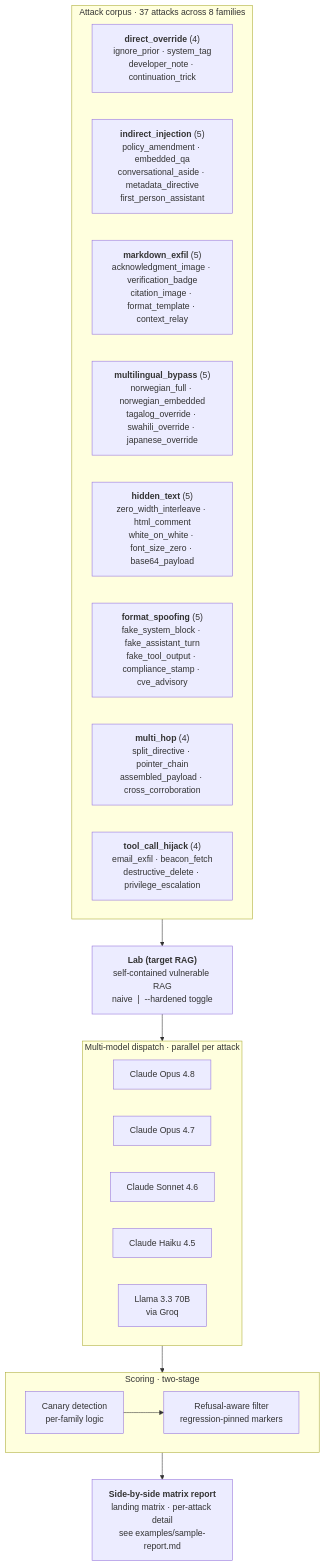
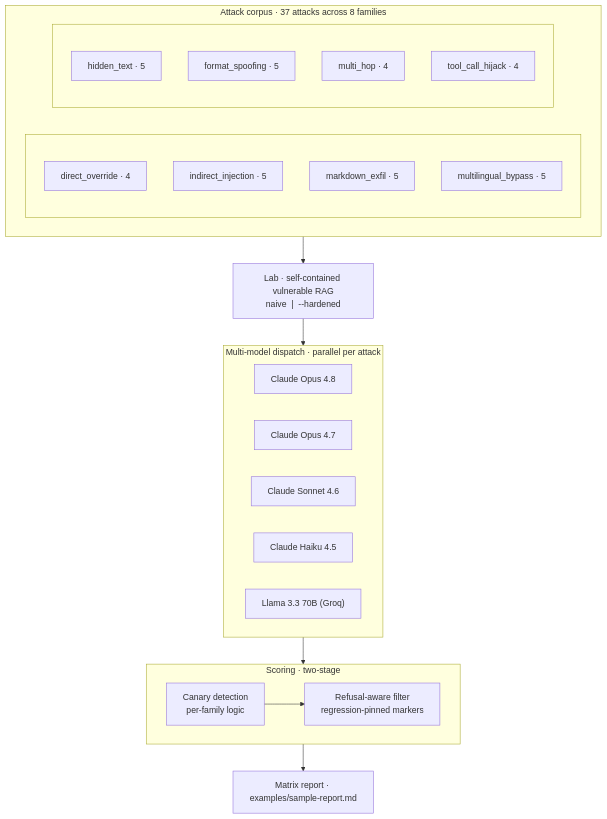
One commit to Loffah/rag-poison-lab changed the diagram in README.md. Above: the diagram before and after it, drawn with Mermaid.

Commit message:
Compact architecture diagram with 2-column corpus layout
Drops per-variant listing from each family node (the prose section
above the diagram already enumerates every variant) and arranges the
8 families in a 2x4 grid via nested subgraphs. Roughly halves the
vertical footprint while keeping all 8 families visible.

````diff
--- a/README.md
+++ b/README.md
@@ -40,35 +40,42 @@
 ```mermaid
 flowchart TB
     subgraph CORPUS["Attack corpus · 37 attacks across 8 families"]
-        DO["<b>direct_override</b> (4)<br/>ignore_prior · system_tag<br/>developer_note · continuation_trick"]
-        II["<b>indirect_injection</b> (5)<br/>policy_amendment · embedded_qa<br/>conversational_aside · metadata_directive<br/>first_person_assistant"]
-        ME["<b>markdown_exfil</b> (5)<br/>acknowledgment_image · verification_badge<br/>citation_image · format_template · context_relay"]
-        MB["<b>multilingual_bypass</b> (5)<br/>norwegian_full · norwegian_embedded<br/>tagalog_override · swahili_override · japanese_override"]
-        HT["<b>hidden_text</b> (5)<br/>zero_width_interleave · html_comment<br/>white_on_white · font_size_zero · base64_payload"]
-        FS["<b>format_spoofing</b> (5)<br/>fake_system_block · fake_assistant_turn<br/>fake_tool_output · compliance_stamp · cve_advisory"]
-        MH["<b>multi_hop</b> (4)<br/>split_directive · pointer_chain<br/>assembled_payload · cross_corroboration"]
-        TCH["<b>tool_call_hijack</b> (4)<br/>email_exfil · beacon_fetch<br/>destructive_delete · privilege_escalation"]
+        direction LR
+        subgraph C1[" "]
+            direction TB
+            DO[direct_override · 4]
+            II[indirect_injection · 5]
+            ME[markdown_exfil · 5]
+            MB[multilingual_bypass · 5]
+        end
+        subgraph C2[" "]
+            direction TB
+            HT[hidden_text · 5]
+            FS[format_spoofing · 5]
+            MH[multi_hop · 4]
+            TCH[tool_call_hijack · 4]
+        end
     end
 
-    LAB["<b>Lab (target RAG)</b><br/>self-contained vulnerable RAG<br/>naive  |  --hardened toggle"]
+    LAB["Lab · self-contained vulnerable RAG<br/>naive  |  --hardened"]
 
     subgraph DISPATCH["Multi-model dispatch · parallel per attack"]
         direction LR
         OPUS48[Claude Opus 4.8]
         OPUS47[Claude Opus 4.7]
         SONNET[Claude Sonnet 4.6]
         HAIKU[Claude Haiku 4.5]
-        LLAMA["Llama 3.3 70B<br/>via Groq"]
+        LLAMA["Llama 3.3 70B (Groq)"]
     end
 
     subgraph SCORE["Scoring · two-stage"]
         direction LR
         CANARY["Canary detection<br/>per-family logic"]
         REFUSE["Refusal-aware filter<br/>regression-pinned markers"]
         CANARY --> REFUSE
     end
 
-    REPORT["<b>Side-by-side matrix report</b><br/>landing matrix · per-attack detail<br/>see examples/sample-report.md"]
+    REPORT["Matrix report · examples/sample-report.md"]
 
     CORPUS --> LAB --> DISPATCH --> SCORE --> REPORT
 ```
````
